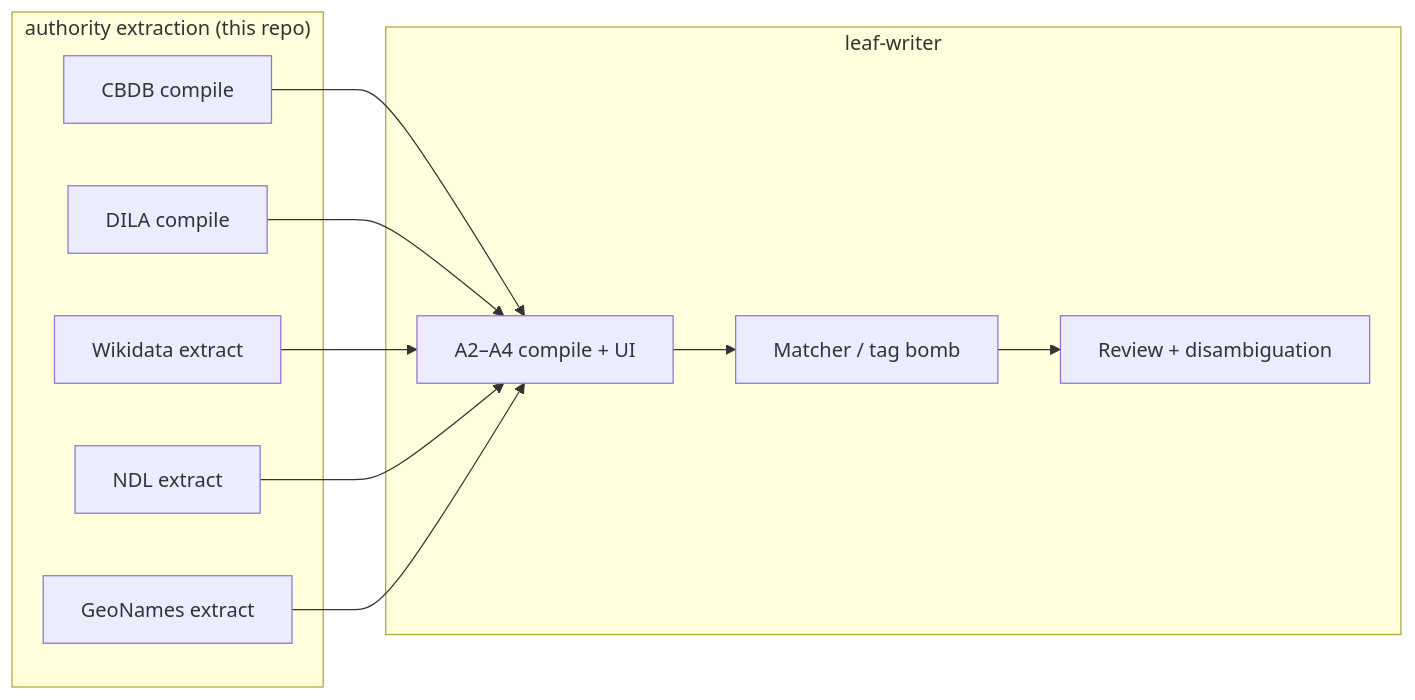
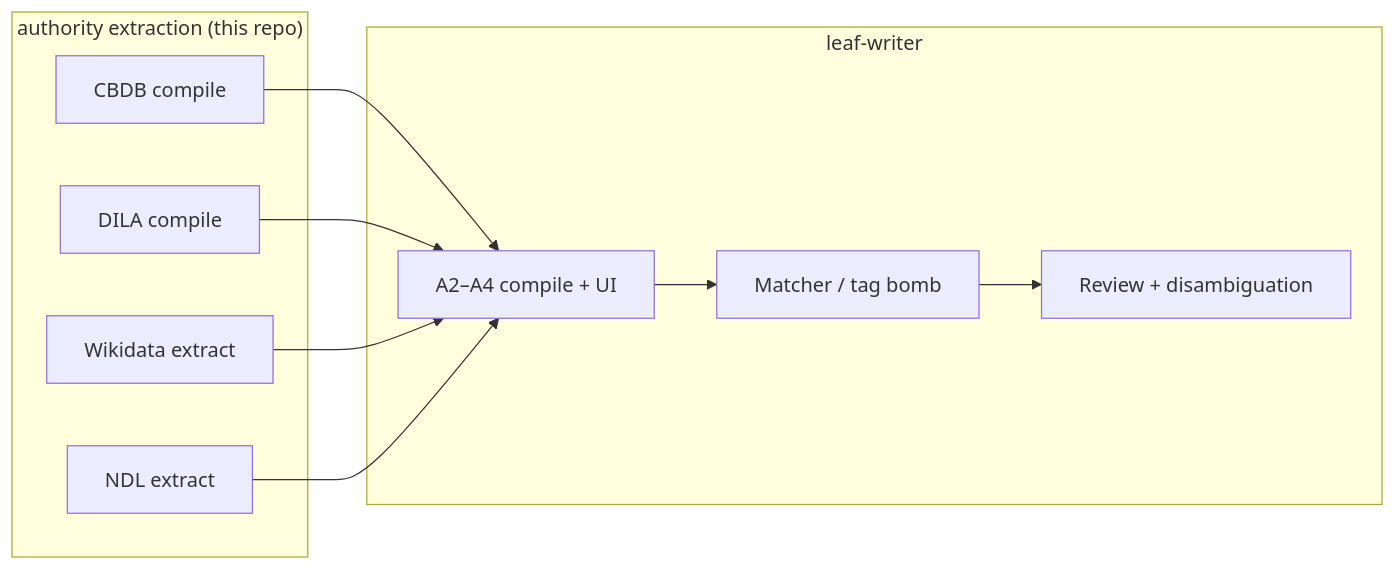
Before and after one commit to lejeanbaptiste/authoritypacks: the first of 2 diagrams in docs/phases.md, drawn with Mermaid. The commit also changed other lines of this file and 13 other files, not shown here.

````diff
--- a/docs/phases.md
+++ b/docs/phases.md
@@ -158,21 +158,19 @@
 ```mermaid
 flowchart LR
   subgraph extract ["authority extraction (this repo)"]
     C[CBDB compile]
     D[DILA compile]
     W[Wikidata extract]
     N[NDL extract]
-    G[GeoNames extract]
   end
   subgraph ljb ["leaf-writer"]
     A[A2–A4 compile + UI]
     M[Matcher / tag bomb]
     R[Review + disambiguation]
   end
   C --> A
   D --> A
   W --> A
   N --> A
-  G --> A
   A --> M --> R
 ```
````
